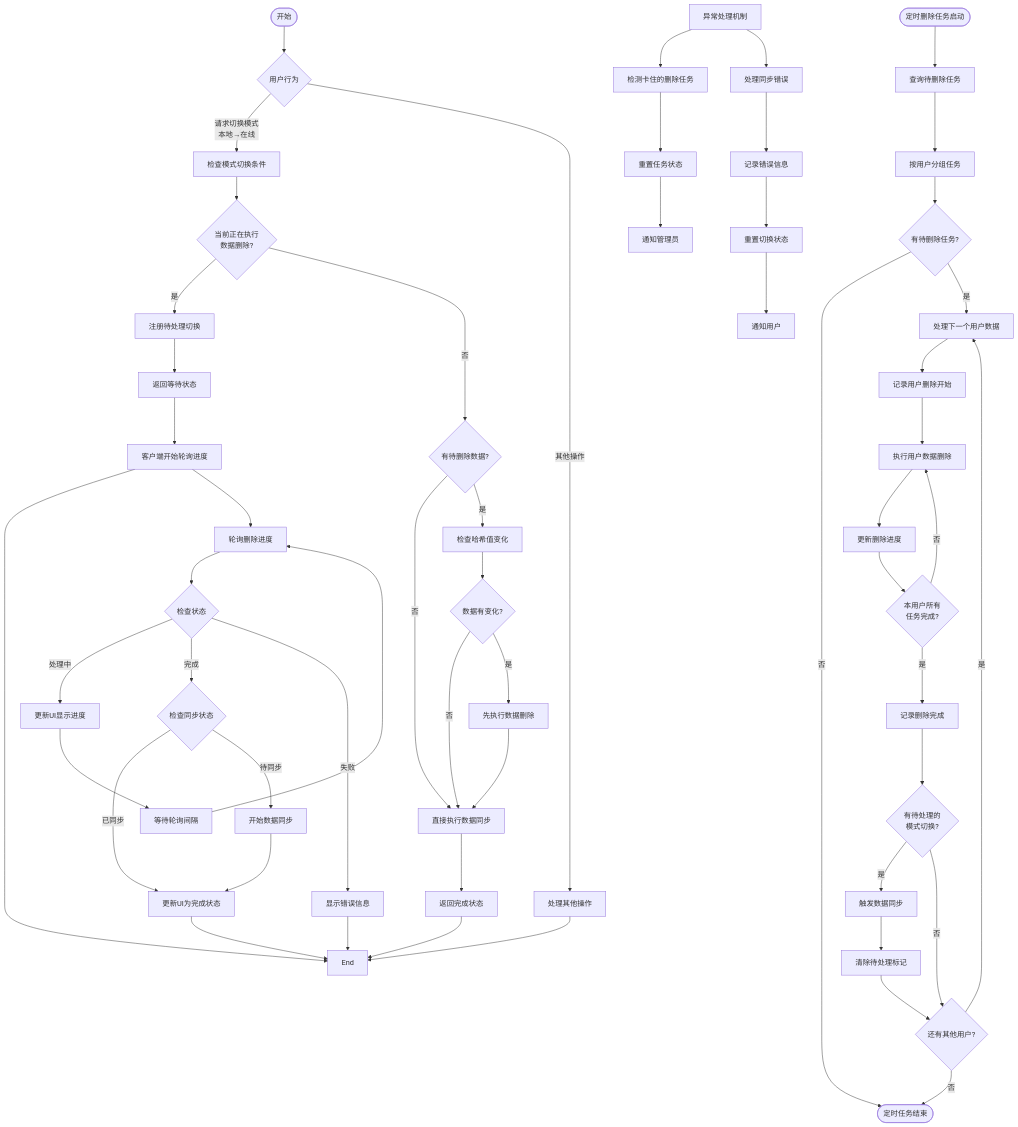
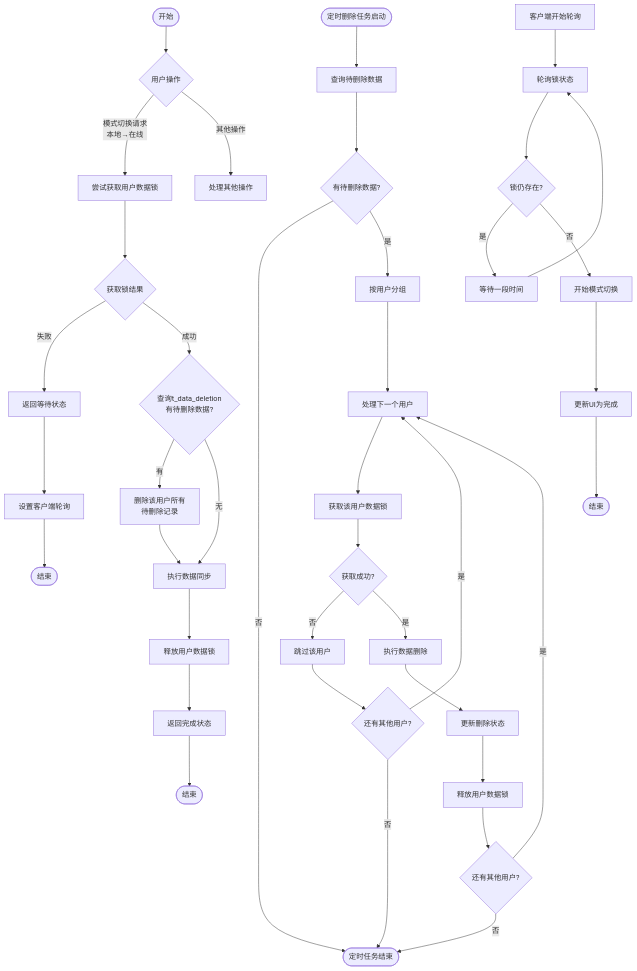
One commit to yingjianzh/iodraw-files changed the diagram in all/未命名-57.md. Above: the diagram before and after it, drawn with Mermaid.

Commit message:
2025-05-12 11:17:38 update

````diff
--- a/all/未命名-57.md
+++ b/all/未命名-57.md
@@ -1,87 +1,59 @@
 ```mermaid
 flowchart TD
-    %% 主流程分支
-    Start([开始]) --> UserAction{用户行为}
-    UserAction -->|请求切换模式\n本地→在线| ModeSwitchCheck[检查模式切换条件]
-    UserAction -->|其他操作| OtherOperations[处理其他操作]
-    OtherOperations --> End
+    %% 主要分支
+    Start([开始]) --> UserAction{用户操作}
+    UserAction -->|模式切换请求\n本地→在线| TryLock[尝试获取用户数据锁]
+    UserAction -->|其他操作| OtherOps[处理其他操作]
     
-    %% 定时任务分支
-    ScheduledTask([定时删除任务启动]) --> QueryDeletions[查询待删除任务]
-    QueryDeletions --> GroupByUser[按用户分组任务]
-    GroupByUser --> HasTasks{有待删除任务?}
+    %% 定时删除任务分支
+    ScheduledTask([定时删除任务启动]) --> QueryDeletions[查询待删除数据]
+    QueryDeletions --> HasTasks{有待删除数据?}
     HasTasks -->|否| TaskEnd([定时任务结束])
-    HasTasks -->|是| ProcessNextUser[处理下一个用户数据]
+    HasTasks -->|是| GroupByUser[按用户分组]
     
-    %% 处理每个用户的删除任务
-    ProcessNextUser --> RecordStart[记录用户删除开始]
-    RecordStart --> DeleteUserData[执行用户数据删除]
-    DeleteUserData --> UpdateProgress[更新删除进度]
+    %% 处理用户数据删除
+    GroupByUser --> ProcessNextUser[处理下一个用户]
+    ProcessNextUser --> AcquireLock[获取该用户数据锁]
+    AcquireLock --> LockSuccess{获取成功?}
     
-    UpdateProgress --> AllCompleted{本用户所有\n任务完成?}
-    AllCompleted -->|否| DeleteUserData
+    LockSuccess -->|否| SkipUser[跳过该用户]
+    SkipUser --> MoreUsers1{还有其他用户?}
+    MoreUsers1 -->|是| ProcessNextUser
+    MoreUsers1 -->|否| TaskEnd
     
-    AllCompleted -->|是| RecordCompletion[记录删除完成]
-    RecordCompletion --> CheckPendingSwitch{有待处理的\n模式切换?}
+    LockSuccess -->|是| DeleteData[执行数据删除]
+    DeleteData --> UpdateStatus[更新删除状态]
+    UpdateStatus --> ReleaseLock[释放用户数据锁]
+    ReleaseLock --> MoreUsers2{还有其他用户?}
+    MoreUsers2 -->|是| ProcessNextUser
+    MoreUsers2 -->|否| TaskEnd
     
-    CheckPendingSwitch -->|是| TriggerSync[触发数据同步]
-    CheckPendingSwitch -->|否| NextUserCheck{还有其他用户?}
+    %% 模式切换流程
+    TryLock --> LockResult{获取锁结果}
     
-    TriggerSync --> ClearPending[清除待处理标记]
-    ClearPending --> NextUserCheck
+    LockResult -->|失败| ReturnWaiting[返回等待状态]
+    ReturnWaiting --> SetupPolling[设置客户端轮询]
+    SetupPolling --> End1([结束])
     
-    NextUserCheck -->|是| ProcessNextUser
-    NextUserCheck -->|否| TaskEnd
+    LockResult -->|成功| CheckPendingDeletion{查询t_data_deletion\n有待删除数据?}
     
-    %% 模式切换检查流程
-    ModeSwitchCheck --> CheckDeletionInProgress{当前正在执行\n数据删除?}
+    CheckPendingDeletion -->|有| RemoveDeletionRecords[删除该用户所有\n待删除记录]
+    RemoveDeletionRecords --> PerformSync[执行数据同步]
     
-    CheckDeletionInProgress -->|是| RegisterPending[注册待处理切换]
-    RegisterPending --> ReturnWaiting[返回等待状态]
-    ReturnWaiting --> ClientPolling[客户端开始轮询进度]
-    ClientPolling --> End
+    CheckPendingDeletion -->|无| PerformSync
     
-    CheckDeletionInProgress -->|否| CheckPendingDeletion{有待删除数据?}
+    PerformSync --> ReleaseSwitchLock[释放用户数据锁]
+    ReleaseSwitchLock --> ReturnComplete[返回完成状态]
+    ReturnComplete --> End2([结束])
     
-    CheckPendingDeletion -->|否| ExecuteDataSync[直接执行数据同步]
-    ExecuteDataSync --> ReturnComplete[返回完成状态]
-    ReturnComplete --> End
+    %% 客户端轮询
+    ClientPolling[客户端开始轮询] --> PollLockStatus[轮询锁状态]
+    PollLockStatus --> StillLocked{锁仍存在?}
     
-    CheckPendingDeletion -->|是| CheckHashValues[检查哈希值变化]
+    StillLocked -->|是| WaitInterval[等待一段时间]
+    WaitInterval --> PollLockStatus
     
-    CheckHashValues --> DataChanged{数据有变化?}
-    
-    DataChanged -->|否| ExecuteDataSync
-    
-    DataChanged -->|是| DeleteBeforeSync[先执行数据删除]
-    DeleteBeforeSync --> ExecuteDataSync
-    
-    %% 客户端轮询流程
-    ClientPolling --> PollProgress[轮询删除进度]
-    PollProgress --> CheckStatus{检查状态}
-    
-    CheckStatus -->|处理中| UpdateUI[更新UI显示进度]
-    UpdateUI --> WaitInterval[等待轮询间隔]
-    WaitInterval --> PollProgress
-    
-    CheckStatus -->|完成| CheckSyncState{检查同步状态}
-    
-    CheckSyncState -->|已同步| CompleteUI[更新UI为完成状态]
-    CompleteUI --> End
-    
-    CheckSyncState -->|待同步| StartSync[开始数据同步]
-    StartSync --> CompleteUI
-    
-    CheckStatus -->|失败| ShowError[显示错误信息]
-    ShowError --> End
-    
-    %% 异常处理流程
-    SubGraph1[异常处理机制] --> DetectStalled[检测卡住的删除任务]
-    DetectStalled --> ResetTask[重置任务状态]
-    ResetTask --> NotifyAdmin[通知管理员]
-    
-    SubGraph1 --> HandleSyncError[处理同步错误]
-    HandleSyncError --> LogError[记录错误信息]
-    LogError --> ResetSwitch[重置切换状态]
-    ResetSwitch --> NotifyUser[通知用户]
+    StillLocked -->|否| StartSwitch[开始模式切换]
+    StartSwitch --> CompleteUI[更新UI为完成]
+    CompleteUI --> End3([结束])
 ```
````
